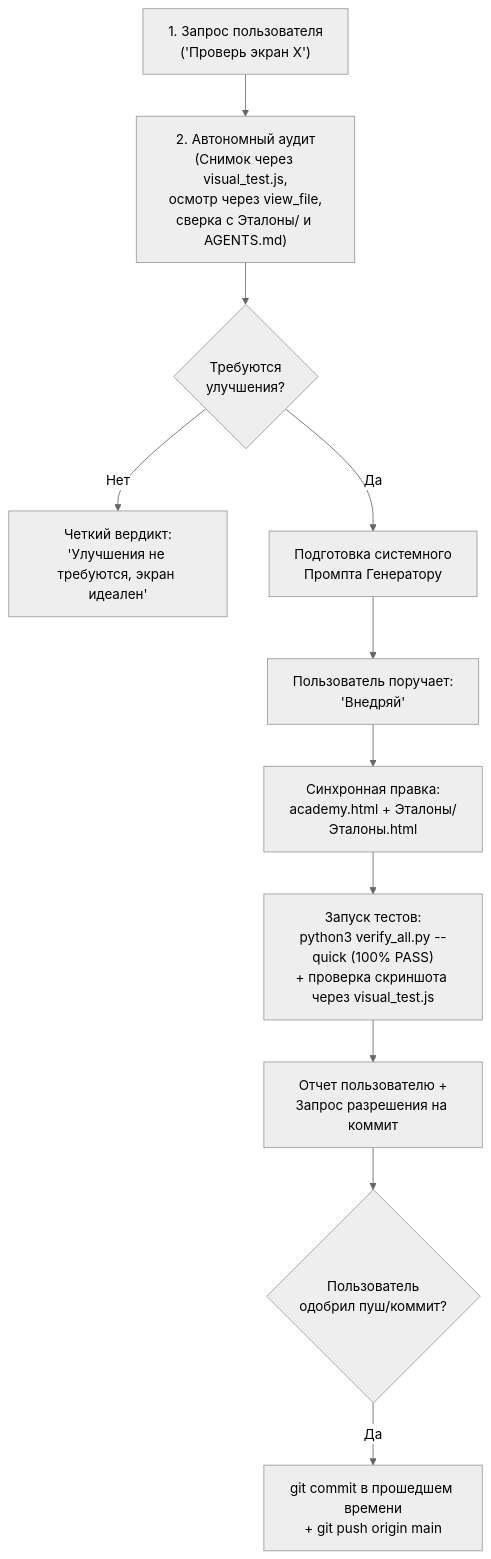
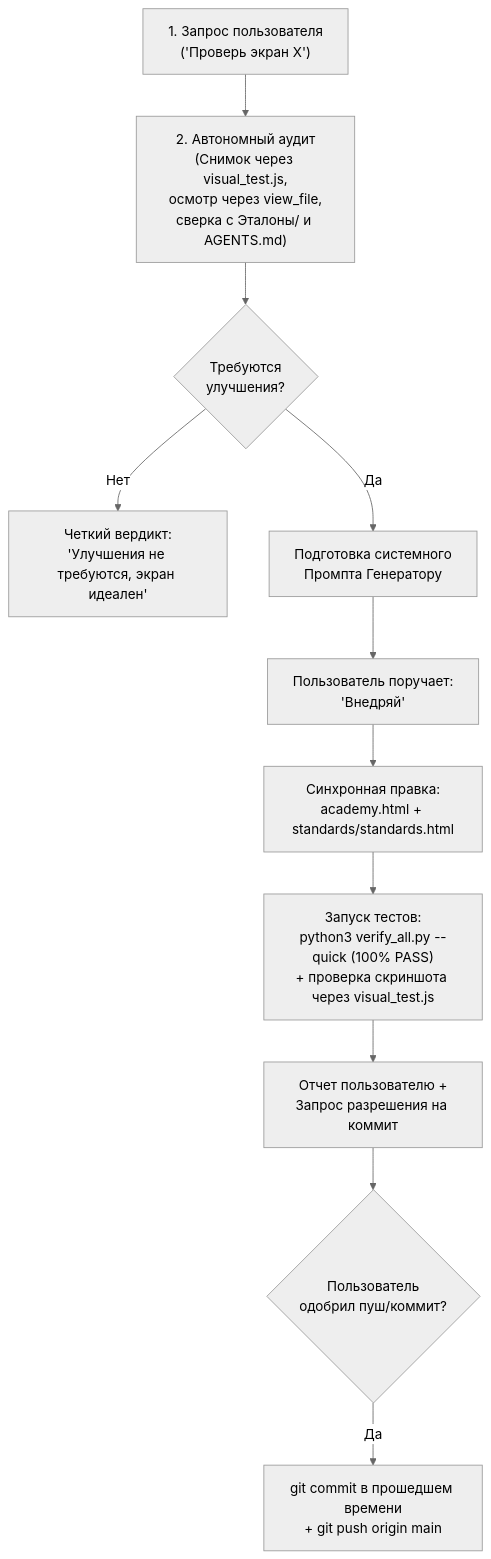
The diagram in docs/HANDOVER_DESCRIPTOR.md (kseniadmay/python-backend-academy), drawn with Mermaid (neutral theme) before and after one commit. The commit also changed other lines of this file and 7 other files, not shown here.

````diff
--- a/docs/HANDOVER_DESCRIPTOR.md
+++ b/docs/HANDOVER_DESCRIPTOR.md
@@ -121,13 +121,13 @@
 ```mermaid
 flowchart TD
     A["1. Запрос пользователя<br/>('Проверь экран X')"] --> B["2. Автономный аудит<br/>(Снимок через visual_test.js,<br/>осмотр через view_file,<br/>сверка с Эталоны/ и AGENTS.md)"]
     B --> C{"Требуются<br/>улучшения?"}
     C -- "Нет" --> D["Четкий вердикт:<br/>'Улучшения не требуются, экран идеален'"]
     C -- "Да" --> E["Подготовка системного<br/>Промпта Генератору"]
     E --> F["Пользователь поручает:<br/>'Внедряй'"]
-    F --> G["Синхронная правка:<br/>academy.html + Эталоны/Эталоны.html"]
+    F --> G["Синхронная правка:<br/>academy.html + standards/standards.html"]
     G --> H["Запуск тестов:<br/>python3 verify_all.py --quick (100% PASS)<br/>+ проверка скриншота через visual_test.js"]
     H --> I["Отчет пользователю +<br/>Запрос разрешения на коммит"]
     I --> J{"Пользователь<br/>одобрил пуш/коммит?"}
     J -- "Да" --> K["git commit в прошедшем времени<br/>+ git push origin main"]
 ```
````
